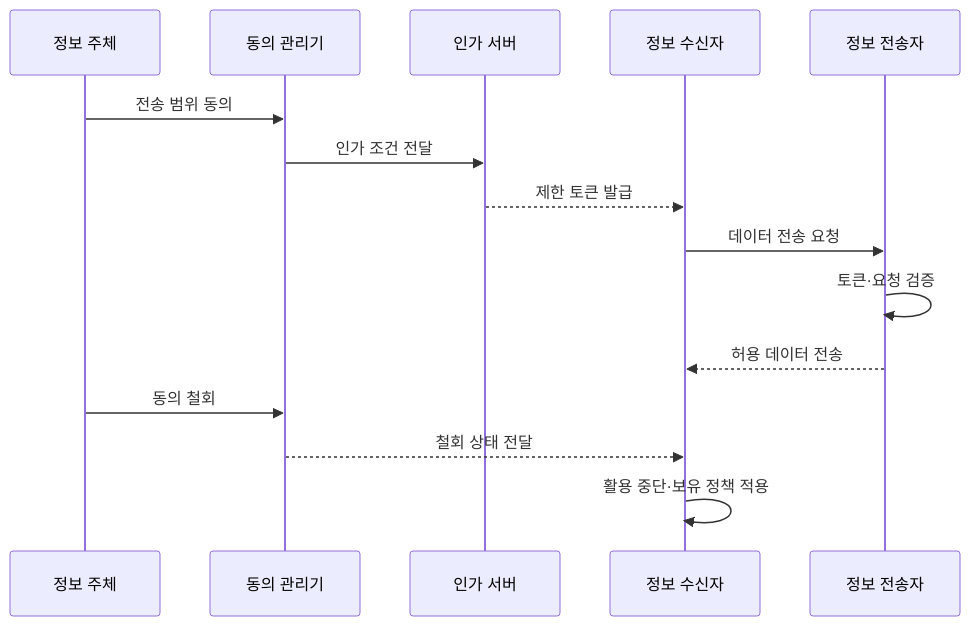
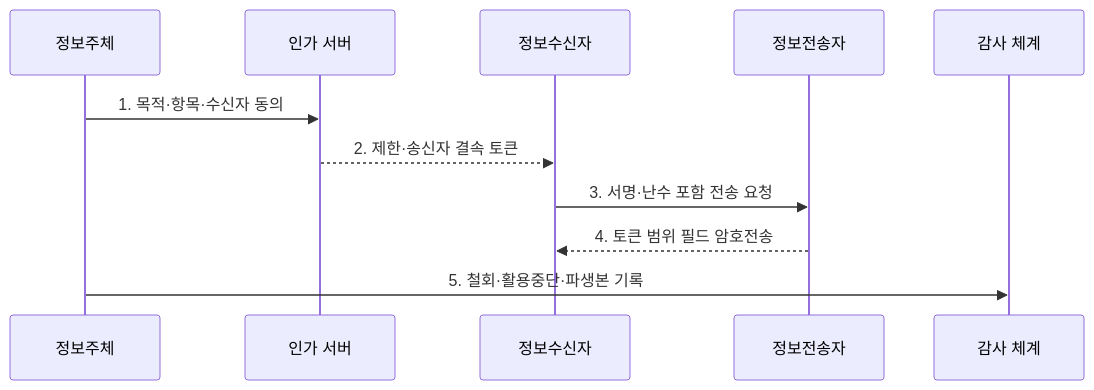
One commit to agnusdei1207/knowledge-base changed the second of 2 diagrams in src/content/docs/notes/05-security/099_mydata_service_security.md. Above: the diagram before and after it, drawn with Mermaid. The commit also changed other lines of this file and 6 other files, not shown here.

````diff
--- a/src/content/docs/notes/05-security/099_mydata_service_security.md
+++ b/src/content/docs/notes/05-security/099_mydata_service_security.md
@@ -77,17 +77,13 @@
 ```mermaid
 sequenceDiagram
-  participant U as 정보 주체
-  participant C as 동의 관리기
-  participant A as 인가 서버
-  participant R as 정보 수신자
-  participant S as 정보 전송자
-  U->>C: 전송 범위 동의
-  C->>A: 인가 조건 전달
-  A-->>R: 제한 토큰 발급
-  R->>S: 데이터 전송 요청
-  S->>S: 토큰·요청 검증
-  S-->>R: 허용 데이터 전송
-  U->>C: 동의 철회
-  C-->>R: 철회 상태 전달
-  R->>R: 활용 중단·보유 정책 적용
+    participant U as 정보주체
+    participant A as 인가 서버
+    participant R as 정보수신자
+    participant H as 정보전송자
+    participant L as 감사 체계
+    U->>A: 1. 목적·항목·수신자 동의
+    A-->>R: 2. 제한·송신자 결속 토큰
+    R->>H: 3. 서명·난수 포함 전송 요청
+    H-->>R: 4. 토큰 범위 필드 암호전송
+    U->>L: 5. 철회·활용중단·파생본 기록
 ```
````
